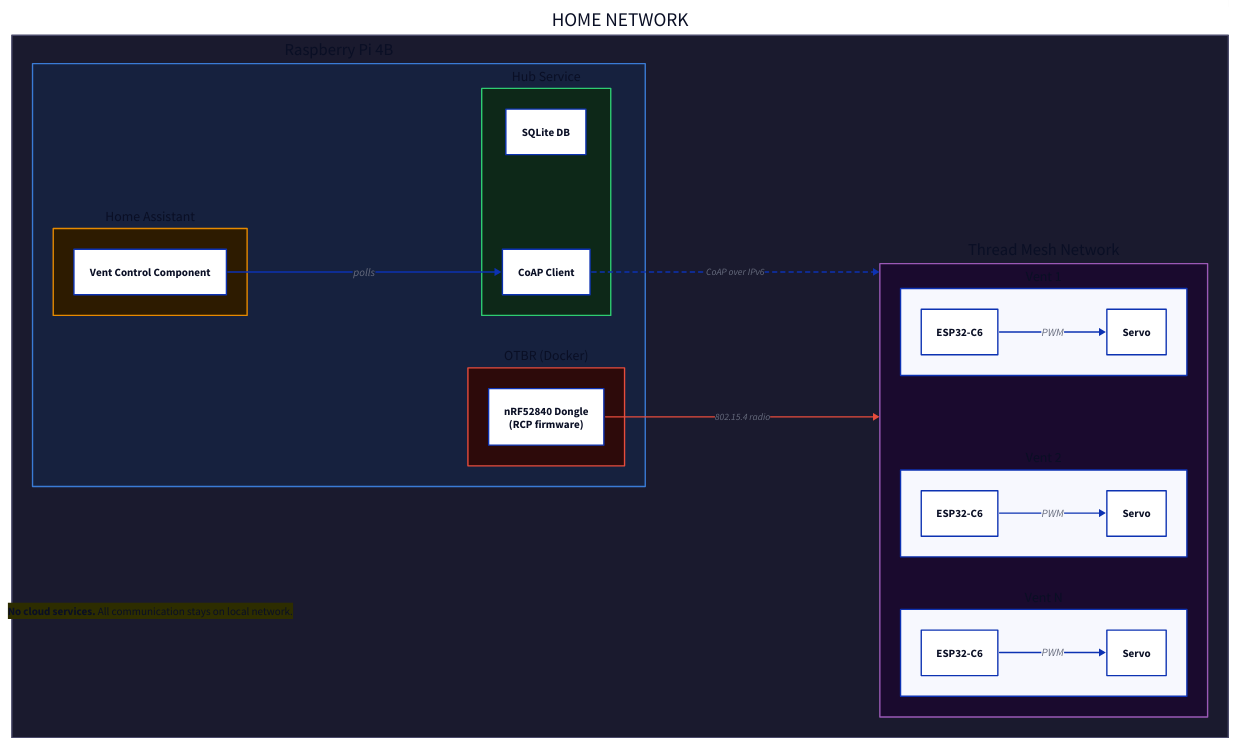
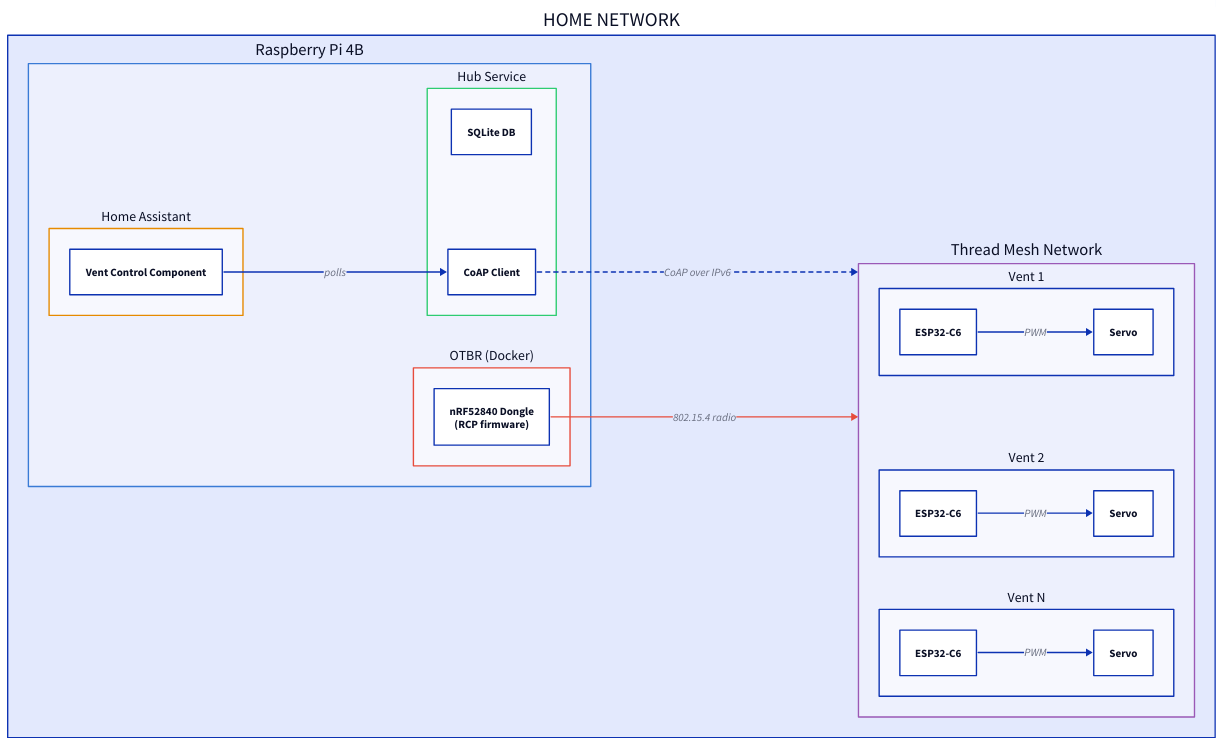
Before and after one commit to EtaCassiopeia/smart-vent: the diagram in docs/diagrams/system-overview.d2, drawn with D2. The commit also changed 17 other files, not shown here.

First line of the commit message:
Fix text readability in D2 diagrams

```diff
--- a/docs/diagrams/system-overview.d2
+++ b/docs/diagrams/system-overview.d2
@@ -1,72 +1,52 @@
 direction: right
 
 home_network: HOME NETWORK {
-  style.fill: "#1a1a2e"
-  style.stroke: "#4a4a6a"
-
   rpi: Raspberry Pi 4B {
-    style.fill: "#16213e"
     style.stroke: "#3a7bd5"
 
     ha: Home Assistant {
-      style.fill: "#2d1b00"
       style.stroke: "#e68a00"
-
       vc: Vent Control Component
     }
 
     hub: Hub Service {
-      style.fill: "#0d2818"
       style.stroke: "#2ecc71"
-
       db: SQLite DB
       coap: CoAP Client
     }
 
     otbr: OTBR (Docker) {
-      style.fill: "#2d0a0a"
       style.stroke: "#e74c3c"
-
       dongle: nRF52840 Dongle\n(RCP firmware)
     }
 
     ha.vc -> hub.coap: polls
   }
 
   mesh: Thread Mesh Network {
-    style.fill: "#1a0a2e"
     style.stroke: "#9b59b6"
 
     v1: Vent 1 {
       mcu1: ESP32-C6
       s1: Servo
       mcu1 -> s1: PWM
     }
     v2: Vent 2 {
       mcu2: ESP32-C6
       s2: Servo
       mcu2 -> s2: PWM
     }
     vn: Vent N {
       mcun: ESP32-C6
       sn: Servo
       mcun -> sn: PWM
     }
   }
 
   rpi.hub.coap -> mesh: CoAP over IPv6 {
     style.stroke-dash: 3
-    style.font-size: 14
   }
   rpi.otbr.dongle -> mesh: 802.15.4 radio {
     style.stroke: "#e74c3c"
-    style.font-size: 14
   }
 }
-
-note: |md
-  **No cloud services.** All communication stays on local network.
-| {
-  style.fill: "#2d2d00"
-  style.stroke: "#f1c40f"
-}
```
